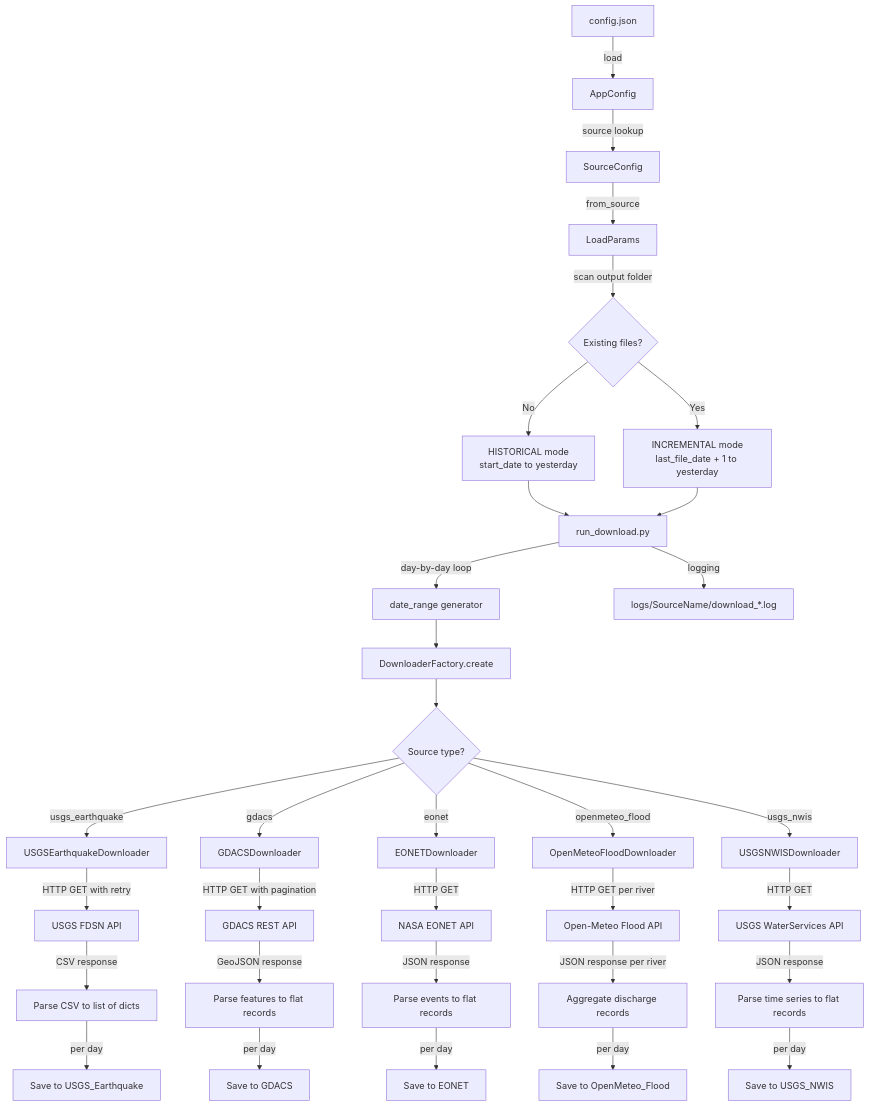
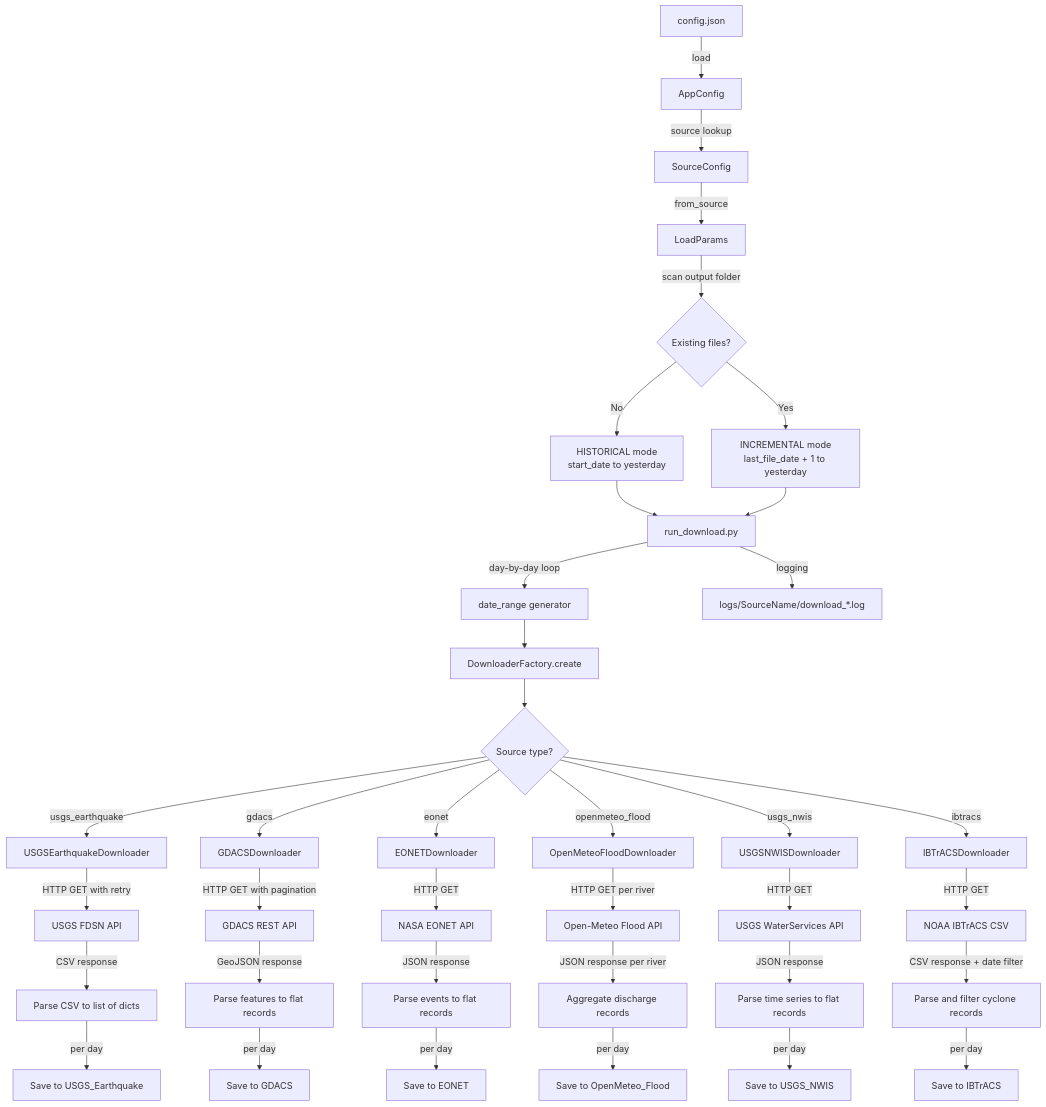
The diagram in README.md (kaluzny1995/GEO_Download), drawn with Mermaid before and after one commit. The commit also changed other lines of this file and 6 other files, not shown here.

Commit message:
New datasource IBTrACS

````diff
--- a/README.md
+++ b/README.md
@@ -311,35 +338,39 @@
 ```mermaid
 flowchart TD
     A[config.json] -->|load| B[AppConfig]
     B -->|source lookup| C[SourceConfig]
     C -->|from_source| D[LoadParams]
     D -->|scan output folder| E{Existing files?}
     E -->|No| F[HISTORICAL mode<br/>start_date to yesterday]
     E -->|Yes| G[INCREMENTAL mode<br/>last_file_date + 1 to yesterday]
     F --> H[run_download.py]
     G --> H
     H -->|day-by-day loop| I[date_range generator]
     I --> J[DownloaderFactory.create]
     J --> K{Source type?}
     K -->|usgs_earthquake| L[USGSEarthquakeDownloader]
     K -->|gdacs| M[GDACSDownloader]
     K -->|eonet| N[EONETDownloader]
     K -->|openmeteo_flood| O[OpenMeteoFloodDownloader]
     K -->|usgs_nwis| P[USGSNWISDownloader]
+    K -->|ibtracs| IB[IBTrACSDownloader]
     L -->|HTTP GET with retry| Q[USGS FDSN API]
     M -->|HTTP GET with pagination| R[GDACS REST API]
     N -->|HTTP GET| S[NASA EONET API]
     O -->|HTTP GET per river| T[Open-Meteo Flood API]
     P -->|HTTP GET| U[USGS WaterServices API]
+    IB -->|HTTP GET| V2[NOAA IBTrACS CSV]
     Q -->|CSV response| V[Parse CSV to list of dicts]
     R -->|GeoJSON response| W[Parse features to flat records]
     S -->|JSON response| X[Parse events to flat records]
     T -->|JSON response per river| Y[Aggregate discharge records]
     U -->|JSON response| Z[Parse time series to flat records]
+    V2 -->|CSV response + date filter| V3[Parse and filter cyclone records]
     V -->|per day| AA[Save to USGS_Earthquake]
     W -->|per day| AB[Save to GDACS]
     X -->|per day| AC[Save to EONET]
     Y -->|per day| AD[Save to OpenMeteo_Flood]
     Z -->|per day| AE[Save to USGS_NWIS]
+    V3 -->|per day| AF2[Save to IBTrACS]
     H -->|logging| AF[logs/SourceName/download_*.log]
 ```
````
